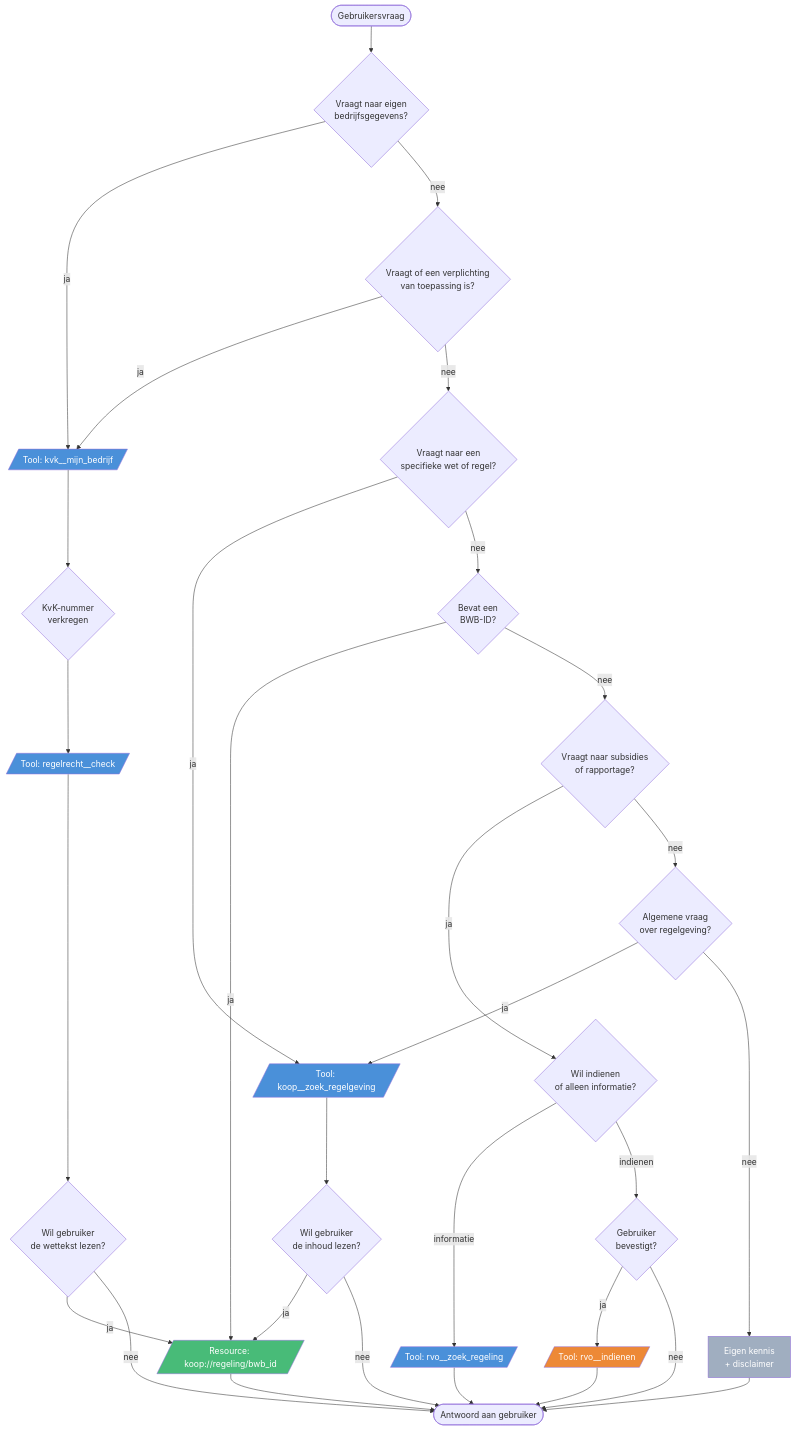
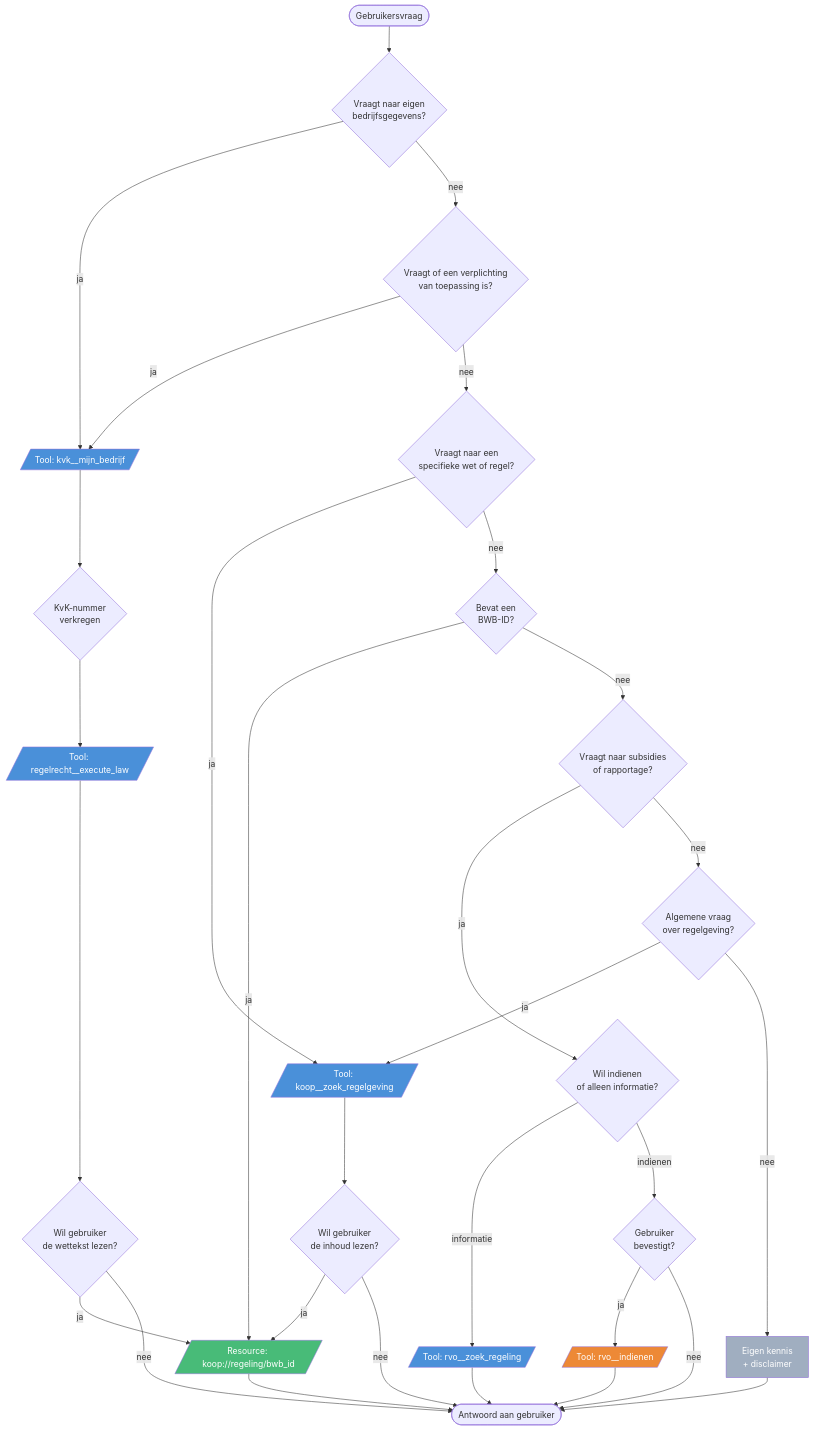
One commit to MinBZK/moza-poc-digitale-assistent changed the first of 6 diagrams in docs/architecture.md. Above: the diagram before and after it, drawn with Mermaid. The commit also changed other lines of this file and 5 other files, not shown here.

````diff
--- a/docs/architecture.md
+++ b/docs/architecture.md
@@ -46,47 +52,47 @@
 ```mermaid
 flowchart TD
     Start([Gebruikersvraag]) --> Q1{Vraagt naar eigen\nbedrijfsgegevens?}
 
     Q1 -- ja --> KVK_TOOL[/Tool: kvk__mijn_bedrijf/]
     Q1 -- nee --> Q5{Vraagt of een verplichting\nvan toepassing is?}
 
     Q5 -- ja --> KVK_TOOL
     KVK_TOOL --> Q5b{KvK-nummer\nverkregen}
-    Q5b --> RR_TOOL[/Tool: regelrecht__check/]
+    Q5b --> RR_TOOL[/Tool: regelrecht__execute_law/]
     RR_TOOL --> Q5c{Wil gebruiker\nde wettekst lezen?}
     Q5c -- ja --> KOOP_RES[/Resource: koop://regeling/bwb_id/]
     Q5c -- nee --> Antwoord
     Q5 -- nee --> Q4{Vraagt naar een\nspecifieke wet of regel?}
 
     Q4 -- ja --> KOOP_TOOL[/Tool: koop__zoek_regelgeving/]
     KOOP_TOOL --> Q4b{Wil gebruiker\nde inhoud lezen?}
     Q4b -- ja --> KOOP_RES
     Q4b -- nee --> Antwoord
     Q4 -- nee --> Q3{Bevat een\nBWB-ID?}
 
     Q3 -- ja --> KOOP_RES
     Q3 -- nee --> Q6{Vraagt naar subsidies\nof rapportage?}
 
     Q6 -- ja --> Q6b{Wil indienen\nof alleen informatie?}
     Q6b -- informatie --> RVO_ZOEK[/Tool: rvo__zoek_regeling/]
     Q6b -- indienen --> Q6c{Gebruiker\nbevestigt?}
     Q6c -- ja --> RVO_IND[/Tool: rvo__indienen/]
     Q6c -- nee --> Antwoord
     Q6 -- nee --> Q7{Algemene vraag\nover regelgeving?}
 
     Q7 -- ja --> KOOP_TOOL
     Q7 -- nee --> EIGEN[Eigen kennis\n+ disclaimer]
 
     KOOP_RES --> Antwoord([Antwoord aan gebruiker])
     RVO_ZOEK --> Antwoord
     RVO_IND --> Antwoord
     EIGEN --> Antwoord
 
     style KVK_TOOL fill:#4A90D9,color:#fff
     style KOOP_RES fill:#48BB78,color:#fff
     style KOOP_TOOL fill:#4A90D9,color:#fff
     style RR_TOOL fill:#4A90D9,color:#fff
     style RVO_ZOEK fill:#4A90D9,color:#fff
     style RVO_IND fill:#ED8936,color:#fff
     style EIGEN fill:#A0AEC0,color:#fff
 ```
````
